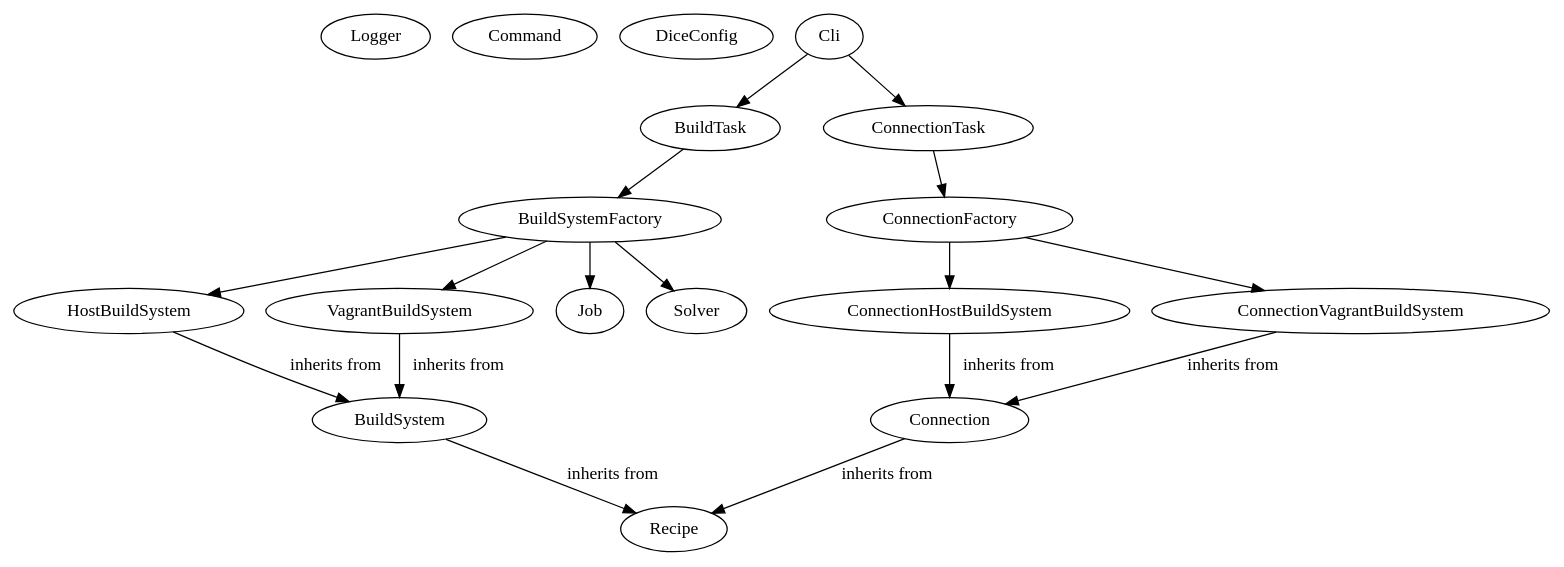
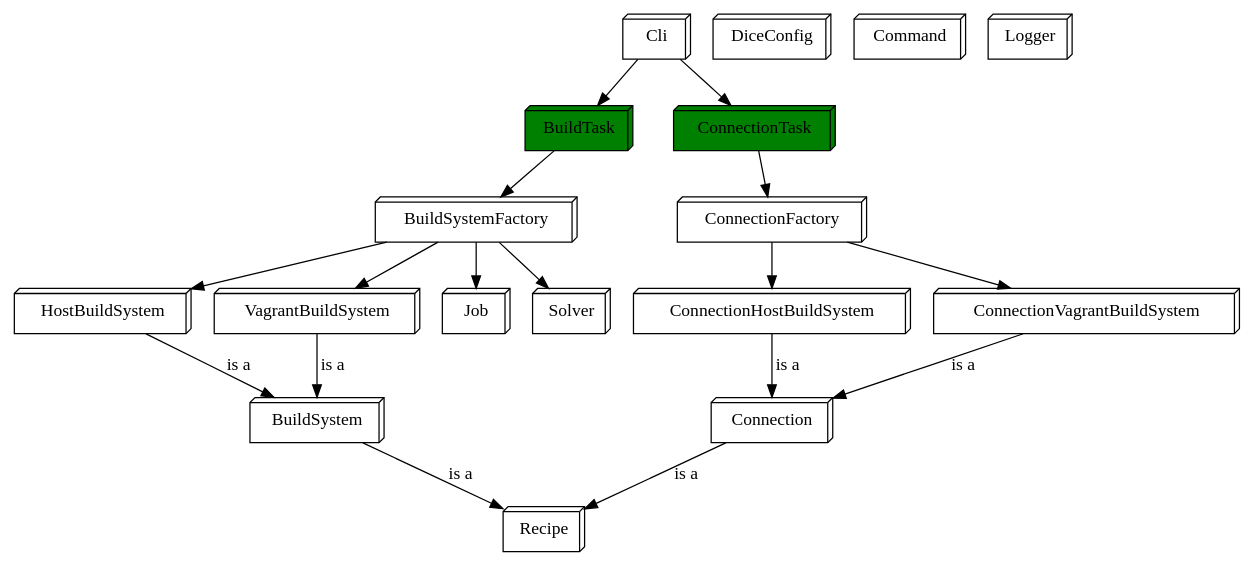
Before and after one commit to OSInside/dice: the diagram in .dice.dot, drawn with Graphviz.

Commit message:
Update dot graph

```diff
--- a/.dice.dot
+++ b/.dice.dot
@@ -1,31 +1,53 @@
+// dot -Tpng -oMyGraph.png dice/.dice.dot
+
 digraph G {
+  {
+    node [shape=box3d]
+    Cli
+    BuildTask [fillcolor=green style=filled]
+    ConnectionTask [fillcolor=green style=filled]
+    ConnectionHostBuildSystem
+    ConnectionVagrantBuildSystem
+    Connection
+    HostBuildSystem
+    VagrantBuildSystem
+    BuildSystem
+    ConnectionFactory
+    BuildSystemFactory
+    Job
+    Solver
+    Recipe
+    DiceConfig
+    Command
+    Logger
+  }
+
   Logger;
   Command;
   DiceConfig;
 
-  Cli;
   Cli -> BuildTask;
-
+    
   Cli -> ConnectionTask;
 
-  ConnectionHostBuildSystem -> Connection [label="inherits from"];
-  ConnectionVagrantBuildSystem -> Connection [label="inherits from"];
-  Connection -> Recipe [label="inherits from"];
+  ConnectionHostBuildSystem -> Connection [label="is a"];
+  ConnectionVagrantBuildSystem -> Connection [label="is a"];
+  Connection -> Recipe [label="is a"];
 
-  HostBuildSystem -> BuildSystem [label="inherits from"];
-  VagrantBuildSystem -> BuildSystem [label="inherits from"];
-  BuildSystem -> Recipe [label="inherits from"];
+  HostBuildSystem -> BuildSystem [label="is a"];
+  VagrantBuildSystem -> BuildSystem [label="is a"];
+  BuildSystem -> Recipe [label="is a"];
 
   ConnectionFactory -> ConnectionVagrantBuildSystem;
   ConnectionFactory -> ConnectionHostBuildSystem;
 
   ConnectionTask -> ConnectionFactory;
 
   BuildSystemFactory -> Job;
   BuildSystemFactory -> Solver;
 
   BuildSystemFactory -> HostBuildSystem
   BuildSystemFactory -> VagrantBuildSystem
 
   BuildTask -> BuildSystemFactory;
 }
```
